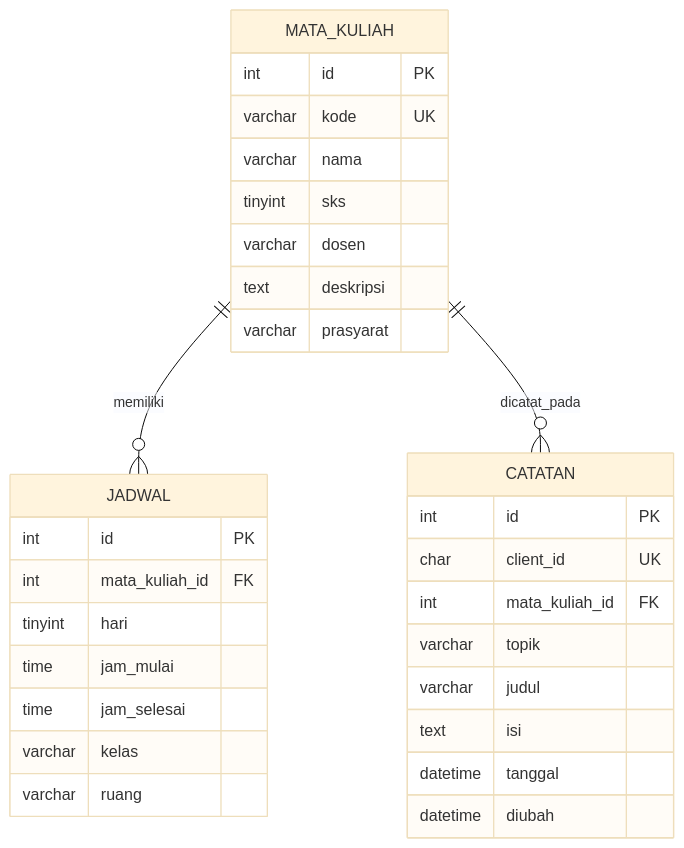
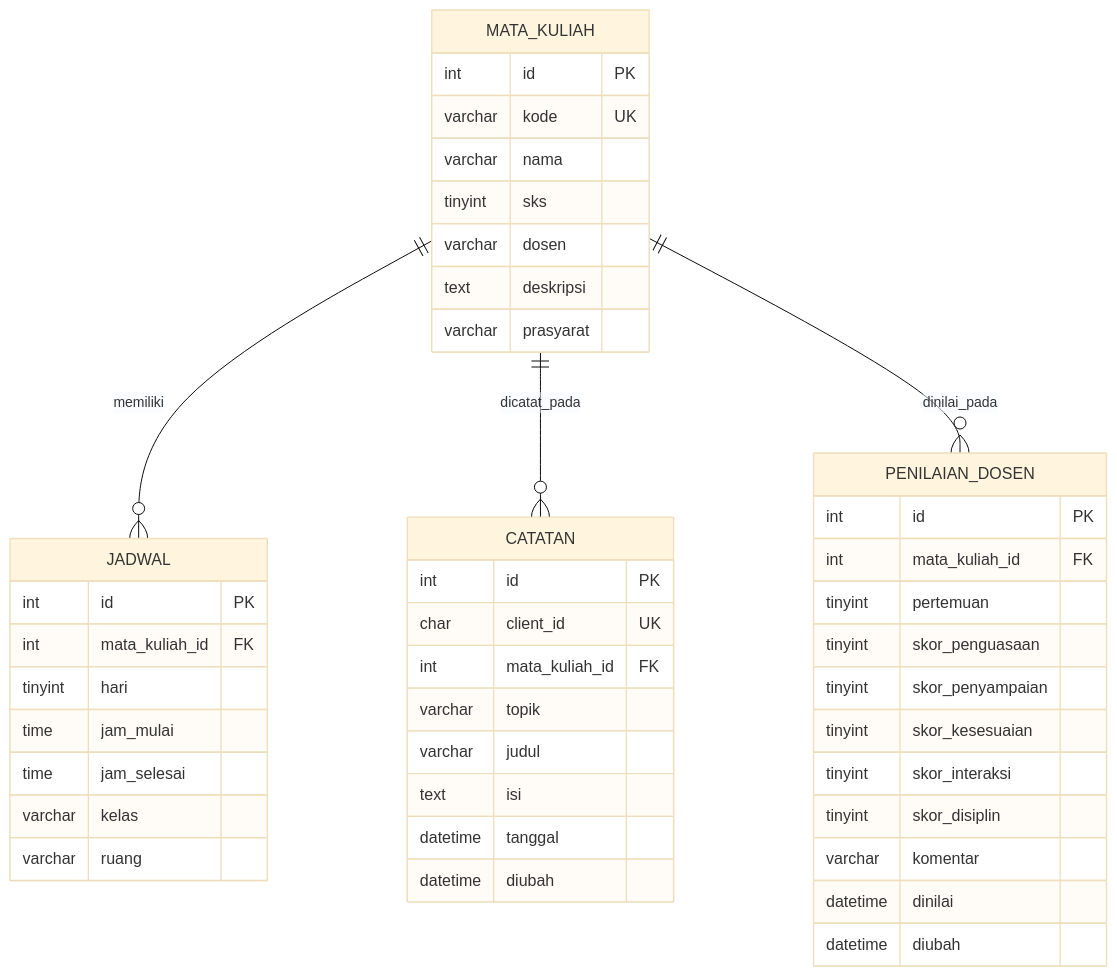
The second of 2 diagrams in README.md (2411009-yuda/studylog-v2), drawn with Mermaid (base theme) before and after one commit. The commit also changed other lines of this file and 48 other files, not shown here.

````diff
--- a/README.md
+++ b/README.md
@@ -461,36 +564,51 @@
 ```mermaid
 erDiagram
     MATA_KULIAH ||--o{ JADWAL : memiliki
     MATA_KULIAH ||--o{ CATATAN : dicatat_pada
+    MATA_KULIAH ||--o{ PENILAIAN_DOSEN : dinilai_pada
 
     MATA_KULIAH {
         int id PK
         varchar kode UK
         varchar nama
         tinyint sks
         varchar dosen
         text deskripsi
         varchar prasyarat
     }
 
     JADWAL {
         int id PK
         int mata_kuliah_id FK
         tinyint hari
         time jam_mulai
         time jam_selesai
         varchar kelas
         varchar ruang
     }
 
     CATATAN {
         int id PK
         char client_id UK
         int mata_kuliah_id FK
         varchar topik
         varchar judul
         text isi
         datetime tanggal
         datetime diubah
     }
+
+    PENILAIAN_DOSEN {
+        int id PK
+        int mata_kuliah_id FK
+        tinyint pertemuan
+        tinyint skor_penguasaan
+        tinyint skor_penyampaian
+        tinyint skor_kesesuaian
+        tinyint skor_interaksi
+        tinyint skor_disiplin
+        varchar komentar
+        datetime dinilai
+        datetime diubah
+    }
 ```
````
